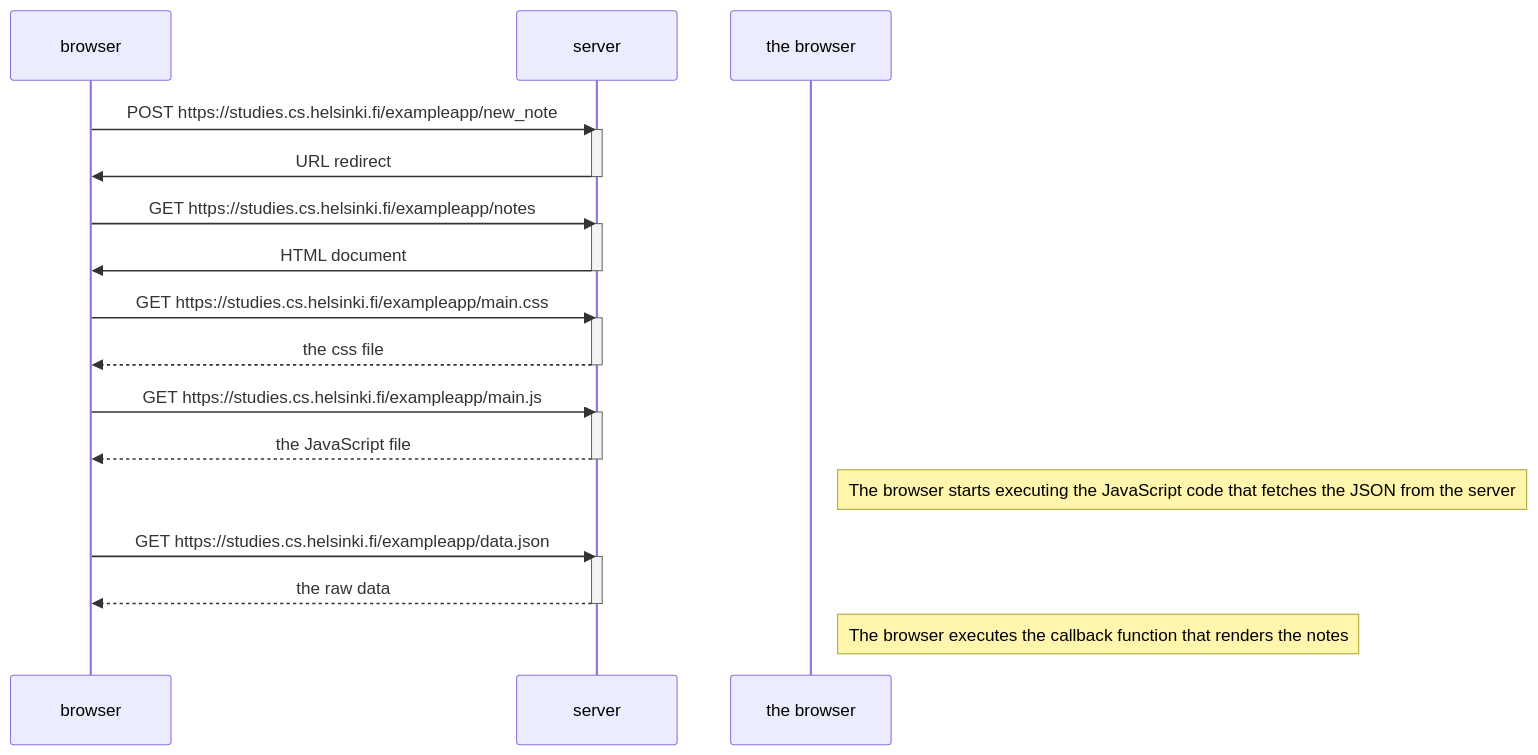
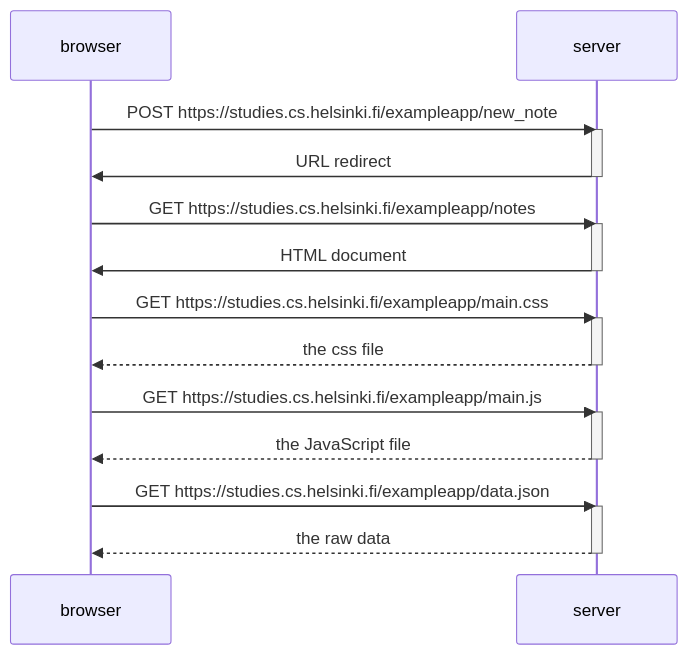
The diagram in part0/CREATENOTE.md (TakyMalika/full-stack-open), drawn with Mermaid before and after one commit.

Commit message:
removed comments

````diff
--- a/part0/CREATENOTE.md
+++ b/part0/CREATENOTE.md
@@ -1,34 +1,31 @@
 ```mermaid
-sequenceDiagram
+sequenceDiagram;
     participant browser
     participant server
 
     browser->>server: POST https://studies.cs.helsinki.fi/exampleapp/new_note
     activate server
     server->>browser: URL redirect
     deactivate server
 
     browser->>server: GET https://studies.cs.helsinki.fi/exampleapp/notes
     activate server
     server->>browser: HTML document
     deactivate server
 
     browser->>server: GET https://studies.cs.helsinki.fi/exampleapp/main.css
     activate server
     server-->>browser: the css file
     deactivate server
 
     browser->>server: GET https://studies.cs.helsinki.fi/exampleapp/main.js
     activate server
     server-->>browser: the JavaScript file
     deactivate server
 
-    // Note right of the browser: The browser starts executing the JavaScript code that fetches the JSON from the server
-
     browser->>server: GET https://studies.cs.helsinki.fi/exampleapp/data.json
     activate server
     server-->>browser: the raw data
     deactivate server
 
-    // Note right of the browser: The browser executes the callback function that renders the notes
 ```
````
